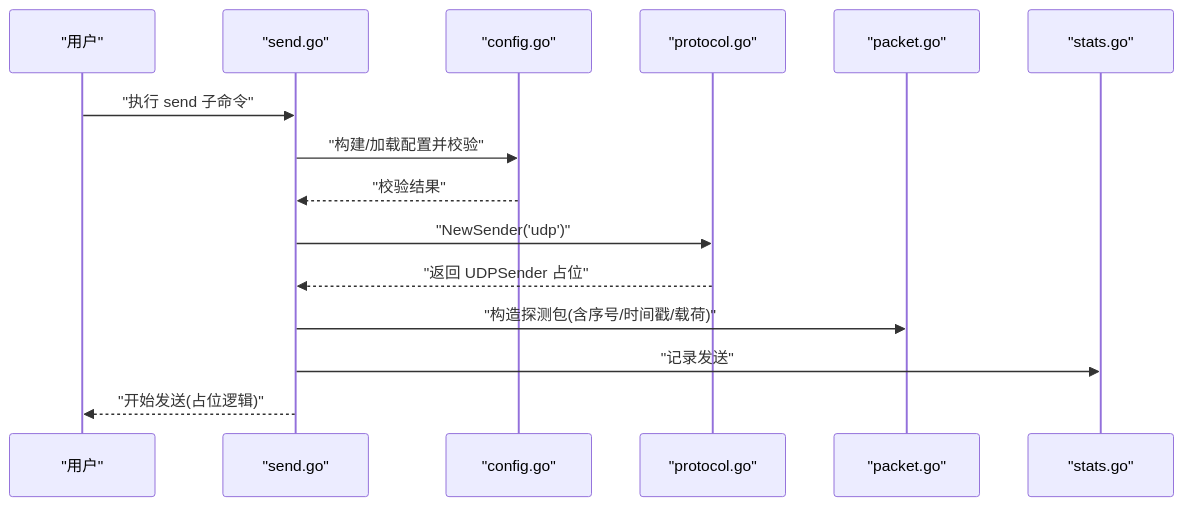
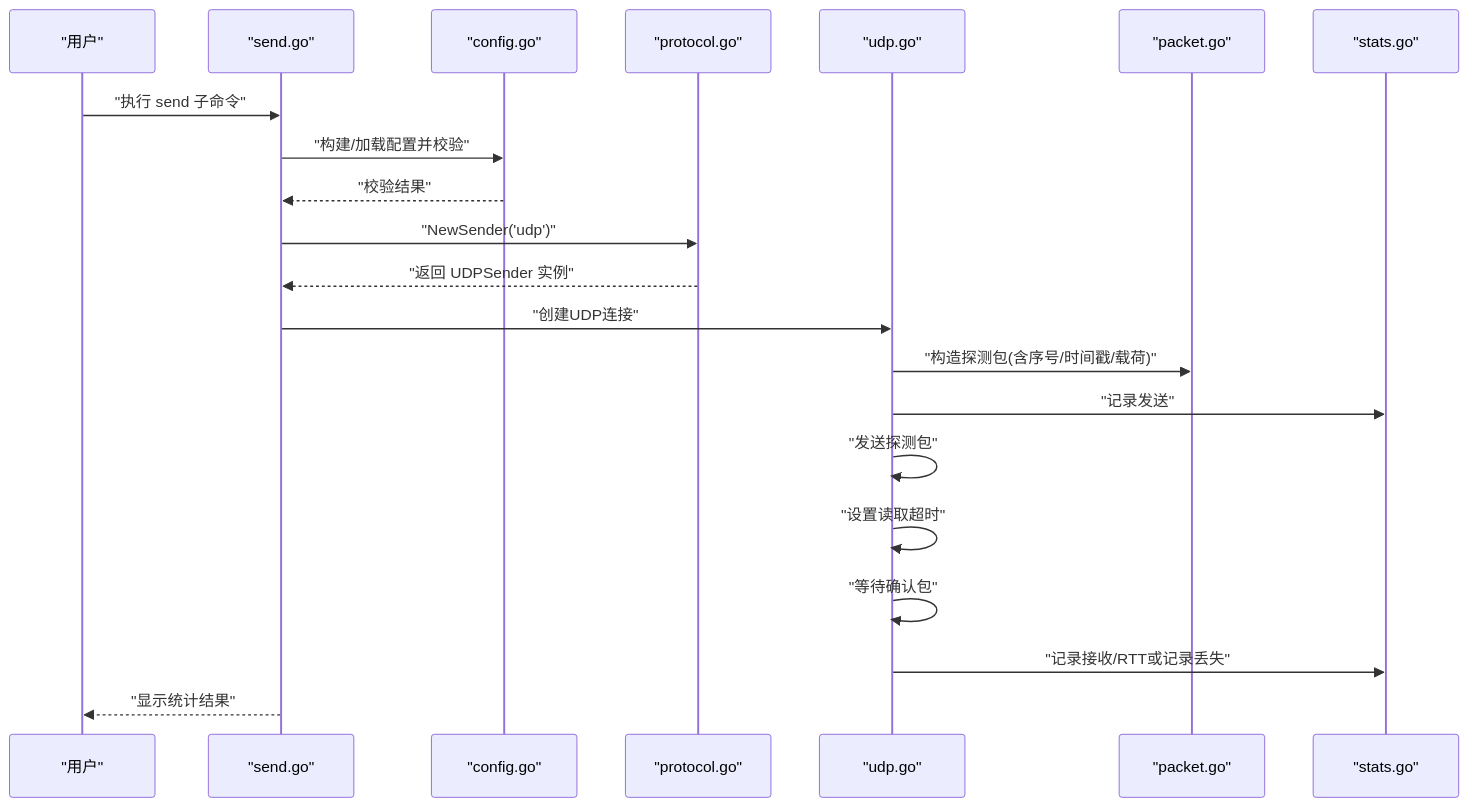
Before and after one commit to yanzhen74/ping-x: the seventh of 9 diagrams in .qoder/repowiki/zh/content/网络协议支持/UDP 协议测试.md, drawn with Mermaid. The commit also changed other lines of this file and 16 other files, not shown here.

````diff
--- a/.qoder/repowiki/zh/content/网络协议支持/UDP 协议测试.md
+++ b/.qoder/repowiki/zh/content/网络协议支持/UDP 协议测试.md
@@ -270,17 +307,23 @@
 ```mermaid
 sequenceDiagram
 participant U as "用户"
 participant CMD as "send.go"
 participant CFG as "config.go"
 participant FAC as "protocol.go"
+participant UDP as "udp.go"
 participant PKT as "packet.go"
 participant ST as "stats.go"
 U->>CMD : "执行 send 子命令"
 CMD->>CFG : "构建/加载配置并校验"
 CFG-->>CMD : "校验结果"
 CMD->>FAC : "NewSender('udp')"
-FAC-->>CMD : "返回 UDPSender 占位"
-CMD->>PKT : "构造探测包(含序号/时间戳/载荷)"
-CMD->>ST : "记录发送"
-CMD-->>U : "开始发送(占位逻辑)"
+FAC-->>CMD : "返回 UDPSender 实例"
+CMD->>UDP : "创建UDP连接"
+UDP->>PKT : "构造探测包(含序号/时间戳/载荷)"
+UDP->>ST : "记录发送"
+UDP->>UDP : "发送探测包"
+UDP->>UDP : "设置读取超时"
+UDP->>UDP : "等待确认包"
+UDP->>ST : "记录接收/RTT或记录丢失"
+CMD-->>U : "显示统计结果"
 ```
````
